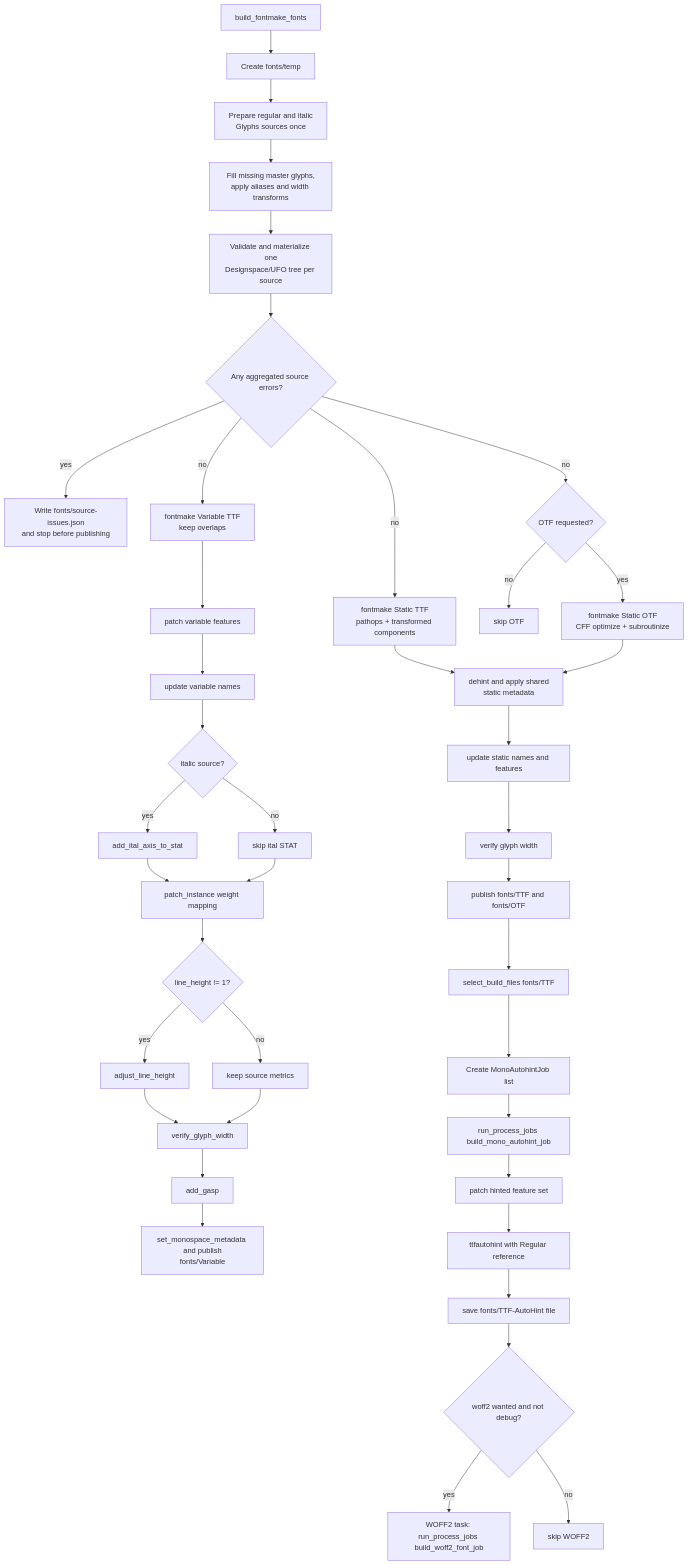
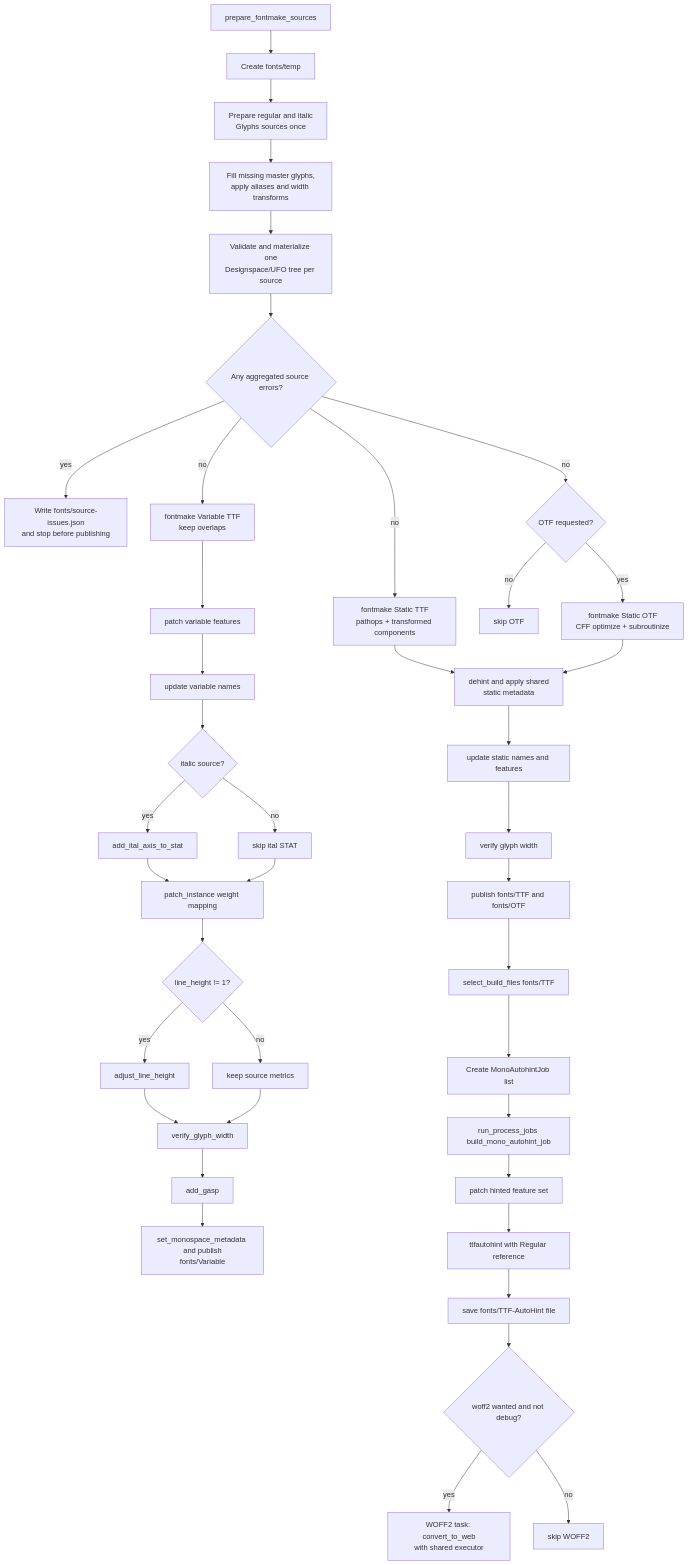
Before and after one commit to iaragoza2027/maple-font-taro: the second of 5 diagrams in scripts/README.md, drawn with Mermaid. The commit also changed other lines of this file and 23 other files, not shown here.

````diff
--- a/scripts/README.md
+++ b/scripts/README.md
@@ -96,44 +99,44 @@
 ```mermaid
 flowchart TD
-    A["build_fontmake_fonts"] --> TEMP["Create fonts/temp"]
+    A["prepare_fontmake_sources"] --> TEMP["Create fonts/temp"]
     TEMP --> SRC["Prepare regular and italic<br/>Glyphs sources once"]
     SRC --> PREP["Fill missing master glyphs,<br/>apply aliases and width transforms"]
     PREP --> CHECK["Validate and materialize one<br/>Designspace/UFO tree per source"]
     CHECK --> ISSUES{"Any aggregated source errors?"}
     ISSUES -->|"yes"| FAIL["Write fonts/source-issues.json<br/>and stop before publishing"]
     ISSUES -->|"no"| VF["fontmake Variable TTF<br/>keep overlaps"]
     ISSUES -->|"no"| TTF["fontmake Static TTF<br/>pathops + transformed components"]
     ISSUES -->|"no"| OTF_DECISION{"OTF requested?"}
     OTF_DECISION -->|"yes"| OTF["fontmake Static OTF<br/>CFF optimize + subroutinize"]
     OTF_DECISION -->|"no"| SKIP_OTF["skip OTF"]
 
     VF --> H["patch variable features"]
     H --> I["update variable names"]
     I --> J{"italic source?"}
     J -->|"yes"| K["add_ital_axis_to_stat"]
     J -->|"no"| L["skip ital STAT"]
     K --> M["patch_instance weight mapping"]
     L --> M
     M --> N{"line_height != 1?"}
     N -->|"yes"| O["adjust_line_height"]
     N -->|"no"| P["keep source metrics"]
     O --> Q["verify_glyph_width"]
     P --> Q
     Q --> R["add_gasp"]
     R --> S["set_monospace_metadata and publish<br/>fonts/Variable"]
 
     TTF --> AG["dehint and apply shared<br/>static metadata"]
     OTF --> AG
     AG --> AH["update static names and features"]
     AH --> AI["verify glyph width"]
     AI --> AJ["publish fonts/TTF and fonts/OTF"]
     AJ --> AQ["select_build_files fonts/TTF"]
     AQ --> AR["Create MonoAutohintJob list"]
     AR --> AS["run_process_jobs build_mono_autohint_job"]
     AS --> AT["patch hinted feature set"]
     AT --> AU["ttfautohint with Regular reference"]
     AU --> AV["save fonts/TTF-AutoHint file"]
     AV --> AK{"woff2 wanted and not debug?"}
-    AK -->|"yes"| AL["WOFF2 task: run_process_jobs build_woff2_font_job"]
+    AK -->|"yes"| AL["WOFF2 task: convert_to_web<br/>with shared executor"]
     AK -->|"no"| AM["skip WOFF2"]
 ```
````
